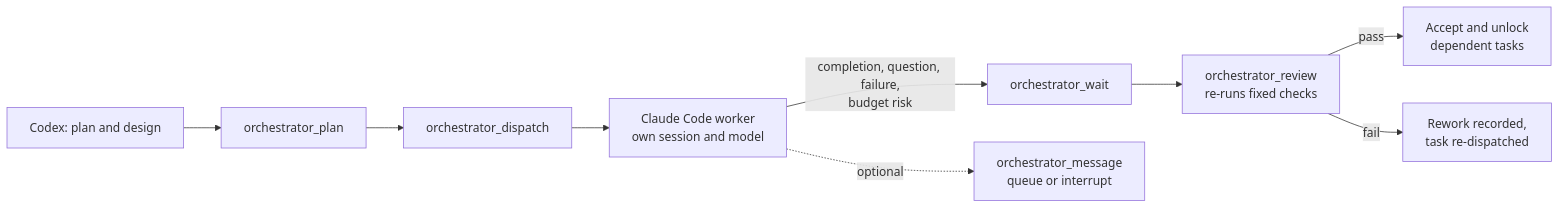
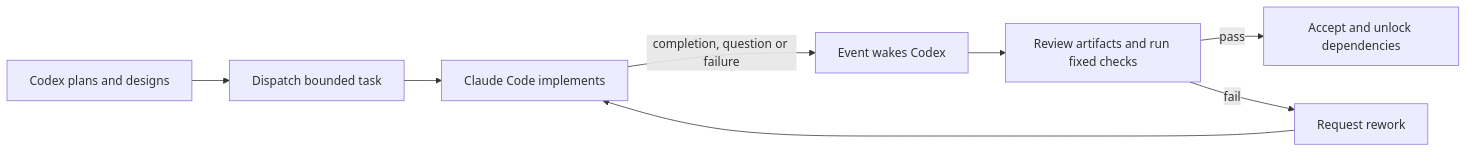
Before and after one commit to Ultmebius/codex-controls-claude: the diagram in README.md, drawn with Mermaid. The commit also changed other lines of this file and 82 other files, not shown here.

````diff
--- a/README.md
+++ b/README.md
@@ -61,11 +76,10 @@
 ```mermaid
 flowchart LR
-    A[Codex: plan and design] --> B[orchestrator_plan]
-    B --> C[orchestrator_dispatch]
-    C --> D[C​laude Code worker<br/>own session and model]
-    D -->|completion, question, failure,<br/>budget risk| E[orchestrator_wait]
-    E --> F[orchestrator_review<br/>re-runs fixed checks]
-    F -->|pass| G[Accept and unlock<br/>dependent tasks]
-    F -->|fail| H[Rework recorded,<br/>task re-dispatched]
-    D -. optional .-> I[orchestrator_message<br/>queue or interrupt]
+    A[Codex plans and designs] --> B[Dispatch bounded task]
+    B --> C[Claude Code implements]
+    C -->|completion, question or failure| D[Event wakes Codex]
+    D --> E[Review artifacts and run fixed checks]
+    E -->|pass| F[Accept and unlock dependencies]
+    E -->|fail| G[Request rework]
+    G --> C
 ```
````
